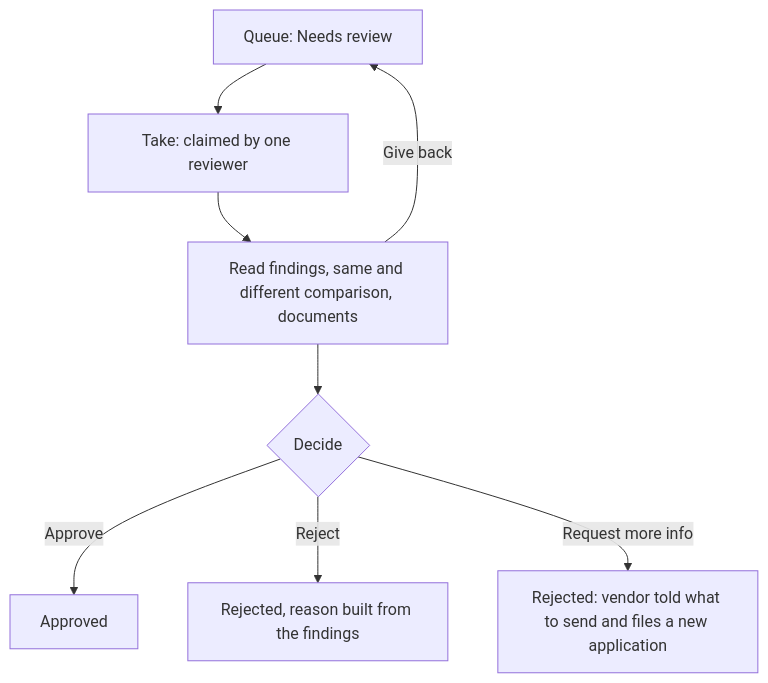
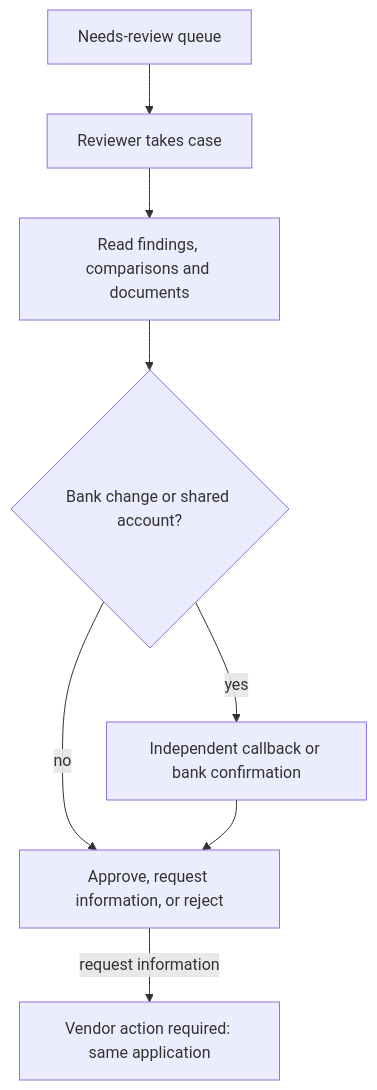
Before and after one commit to ShubhamK0802/vendor-onboarding-flask: the fourth of 4 diagrams in docs/WORKFLOW.md, drawn with Mermaid. The commit also changed other lines of this file and 25 other files, not shown here.

````diff
--- a/docs/WORKFLOW.md
+++ b/docs/WORKFLOW.md
@@ -78,10 +61,10 @@
 ```mermaid
 flowchart TD
-    Q[Queue: Needs review] --> T[Take: claimed by one reviewer]
-    T --> V[Read findings, same and different comparison, documents]
-    V --> X{Decide}
-    X -->|Approve| AP[Approved]
-    X -->|Reject| RJ[Rejected, reason built from the findings]
-    X -->|Request more info| RI[Rejected: vendor told what to send and files a new application]
-    V -->|Give back| Q
+    Q[Needs-review queue] --> T[Reviewer takes case]
+    T --> E[Read findings, comparisons and documents]
+    E --> R{Bank change or shared account?}
+    R -->|no| D[Approve, request information, or reject]
+    R -->|yes| IV[Independent callback or bank confirmation]
+    IV --> D
+    D -->|request information| V[Vendor action required: same application]
 ```
````
